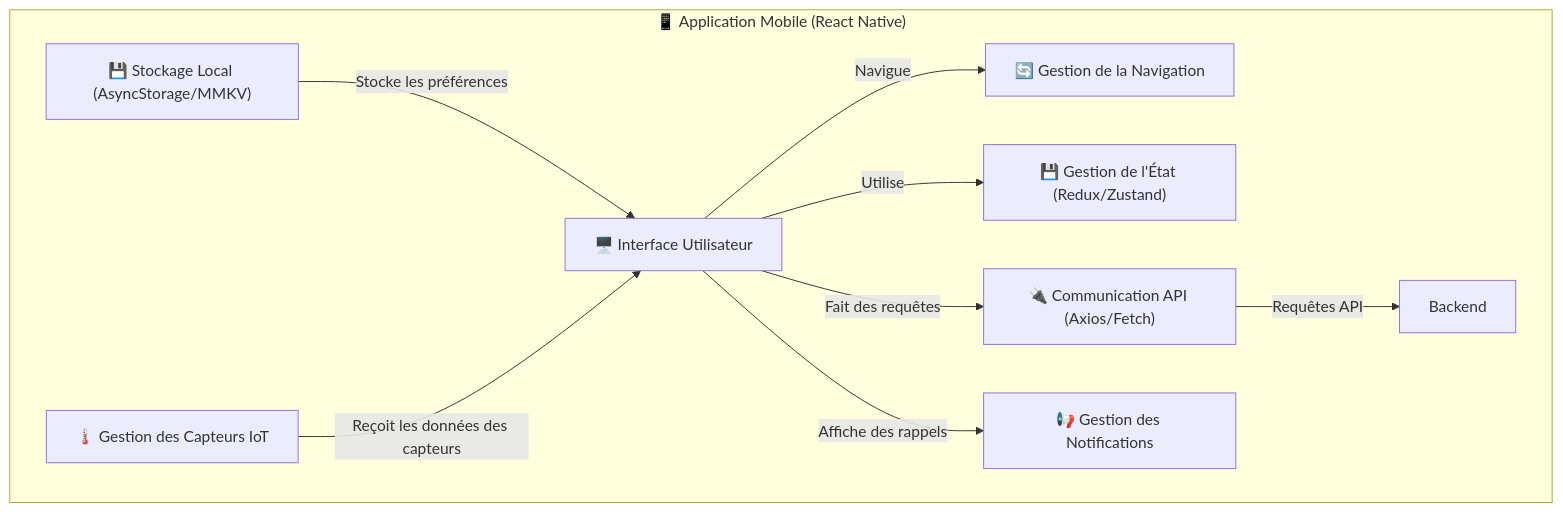
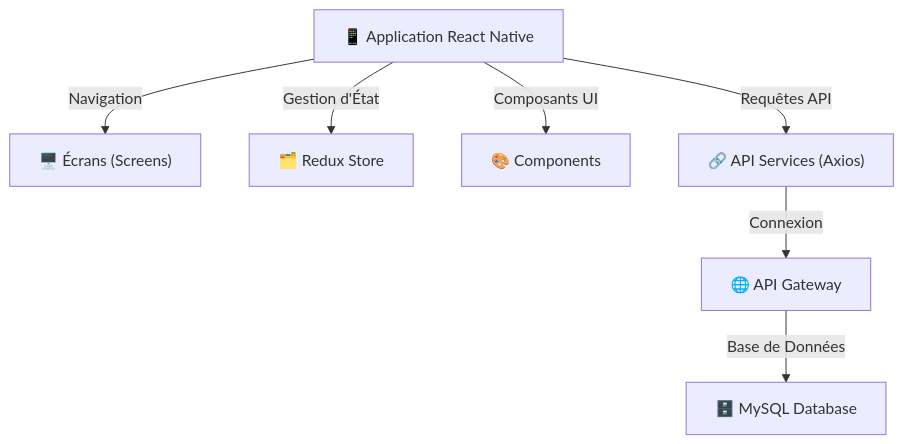
The diagram in docs/architecture/frontend/frontend_architecture.md (benoit-bremaud/brasse-bouillon), drawn with Mermaid before and after one commit. The commit also changed other lines of this file and 1 other file, not shown here.

Commit message:
feat(docs): update frontend architecture documentation with improved structure and UML diagrams

````diff
--- a/docs/architecture/frontend/frontend_architecture.md
+++ b/docs/architecture/frontend/frontend_architecture.md
@@ -13,22 +67,9 @@
 ```mermaid
 graph TD;
-    %% Définition du module de niveau 1 (Frontend)
-    subgraph App["📱 Application Mobile (React Native)"]
-        UI["🖥️ Interface Utilisateur"]
-        Navigation["🔄 Gestion de la Navigation"]
-        StateManagement["💾 Gestion de l'État (Redux/Zustand)"]
-        APIClient["🔌 Communication API (Axios/Fetch)"]
-        LocalStorage["💾 Stockage Local (AsyncStorage/MMKV)"]
-        Notifications["📢 Gestion des Notifications"]
-        IoTClient["🌡️ Gestion des Capteurs IoT"]
-        
-        %% Relations internes
-        UI -->|Navigue| Navigation
-        UI -->|Utilise| StateManagement
-        UI -->|Fait des requêtes| APIClient
-        UI -->|Affiche des rappels| Notifications
-        APIClient -->|Requêtes API| Backend
-        LocalStorage -->|Stocke les préférences| UI
-        IoTClient -->|Reçoit les données des capteurs| UI
-    end
+    App["📱 Application React Native"] -->|Navigation| Screens["🖥️ Écrans (Screens)"]
+    App -->|Gestion d'État| Store["🗂️ Redux Store"]
+    App -->|Composants UI| Components["🎨 Components"]
+    App -->|Requêtes API| Services["🔗 API Services (Axios)"]
+    Services -->|Connexion| API_Gateway["🌐 API Gateway"]
+    API_Gateway -->|Base de Données| Database["🗄️ MySQL Database"]
 ```
````
